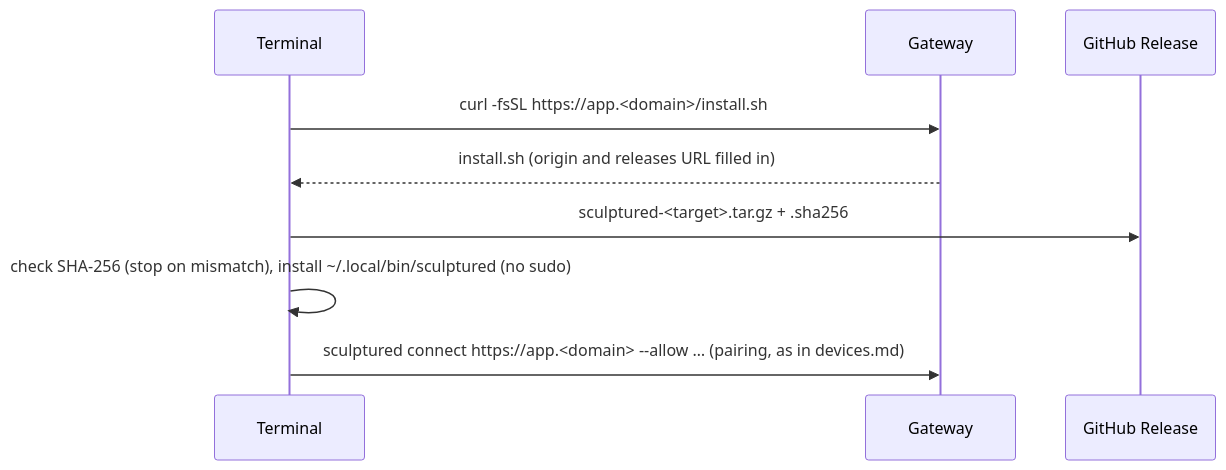
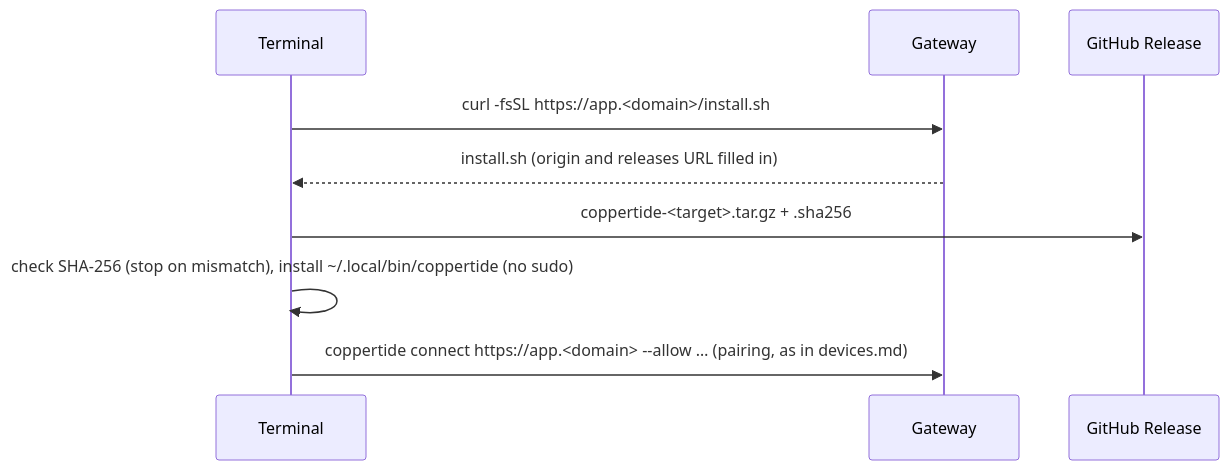
Before and after one commit to CopperTide/CopperTide: the first of 2 diagrams in docs/internals/desktop-and-installers.md, drawn with Mermaid. The commit also changed other lines of this file and 62 other files, not shown here.

````diff
--- a/docs/internals/desktop-and-installers.md
+++ b/docs/internals/desktop-and-installers.md
@@ -7,11 +7,11 @@
 ```mermaid
 sequenceDiagram
   participant U as Terminal
   participant G as Gateway
   participant R as GitHub Release
   U->>G: curl -fsSL https://app.<domain>/install.sh
   G-->>U: install.sh (origin and releases URL filled in)
-  U->>R: sculptured-<target>.tar.gz + .sha256
-  U->>U: check SHA-256 (stop on mismatch), install ~/.local/bin/sculptured (no sudo)
-  U->>G: sculptured connect https://app.<domain> --allow … (pairing, as in devices.md)
+  U->>R: coppertide-<target>.tar.gz + .sha256
+  U->>U: check SHA-256 (stop on mismatch), install ~/.local/bin/coppertide (no sudo)
+  U->>G: coppertide connect https://app.<domain> --allow … (pairing, as in devices.md)
 ```
````
